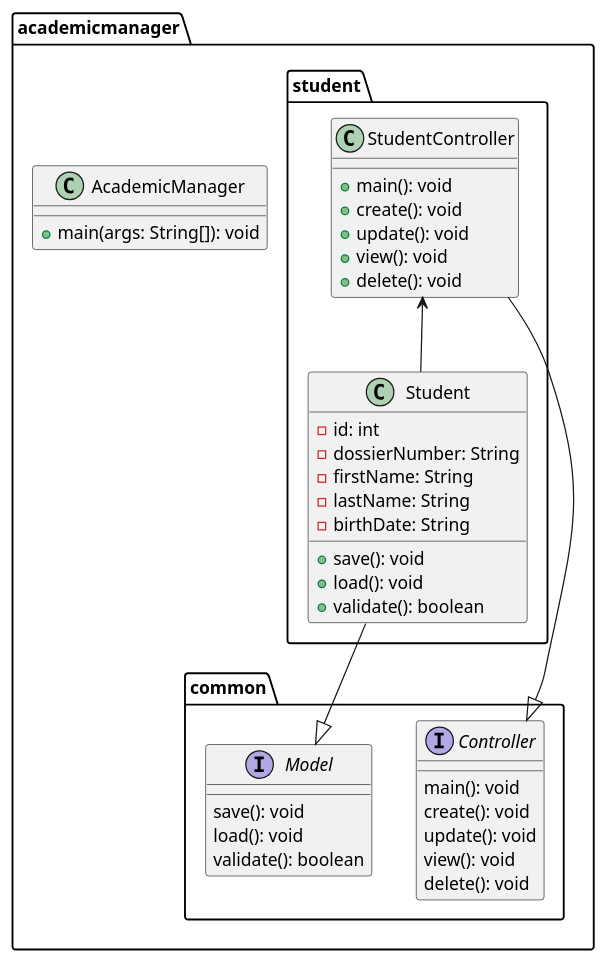
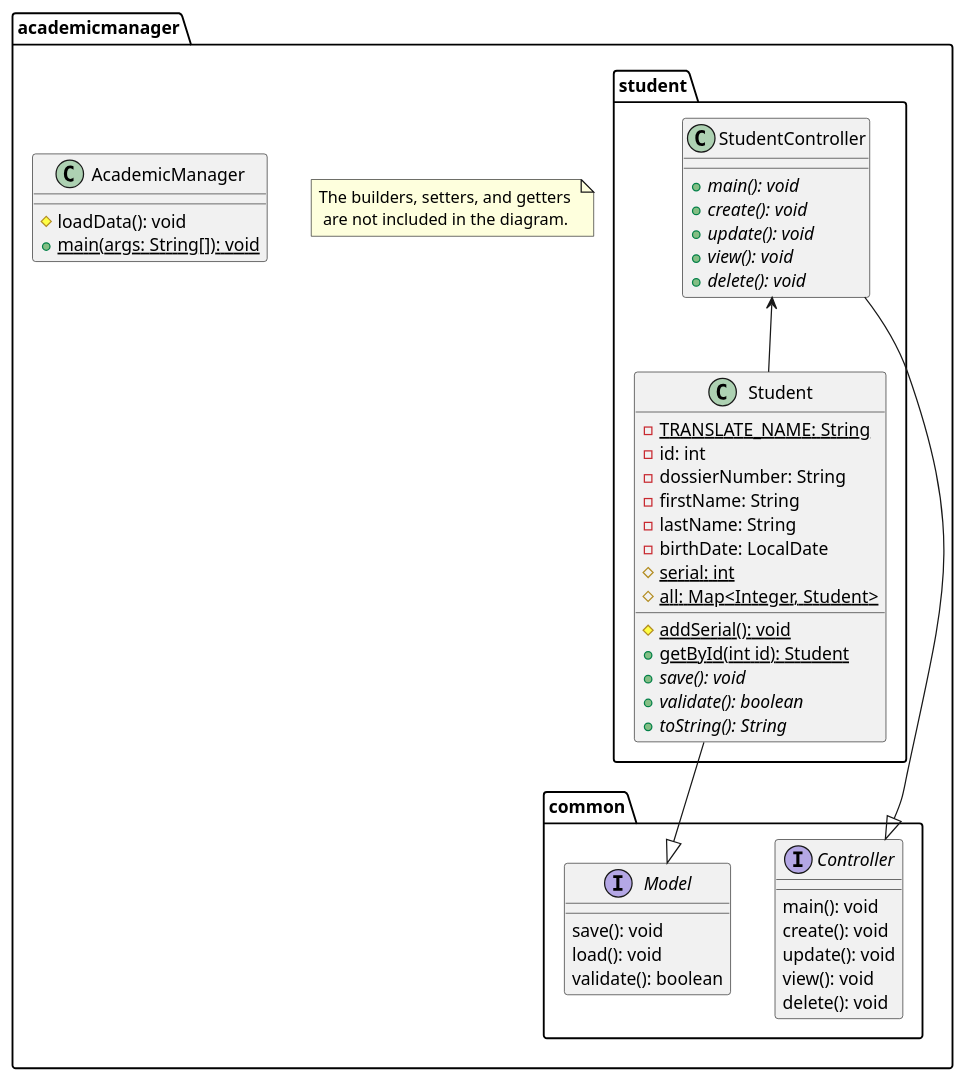
Before and after one commit to GiulianoPoeta99/tpi-gestor-academico: the diagram in AcademicManager2.puml, drawn with PlantUML. The commit also changed 15 other files, not shown here.

```diff
--- a/AcademicManager2.puml
+++ b/AcademicManager2.puml
@@ -1,68 +1,74 @@
 @startuml AcademicManager
 
+
 package academicmanager {
+    note "The builders, setters, and getters \n are not included in the diagram." as N1
 
     class AcademicManager {
-        + main(args: String[]): void
+        # loadData(): void
+        {static} + main(args: String[]): void
     }
 
     ' ==========================================================================
 
     package common {
 
         interface Model {
             save(): void
             load(): void
             validate(): boolean
         }
 
         interface Controller {
             main(): void
             create(): void
             update(): void
             view(): void
             delete(): void
         }
 
     }
 
     ' ==========================================================================
 
     package student {
-
+        
         class Student {
+            {static} - TRANSLATE_NAME: String
             - id: int
             - dossierNumber: String
             - firstName: String
             - lastName: String
-            - birthDate: String
+            - birthDate: LocalDate
+            {static} # serial: int
+            {static} # all: Map<Integer, Student>
 
-            ' metodos ==============
-
-            + save(): void
-            + load(): void
-            + validate(): boolean
+            {static} # addSerial(): void
+            {static} + getById(int id): Student
+            {abstract} + save(): void
+            {abstract} + validate(): boolean
+            {abstract} + toString(): String
         }
 
         class StudentController {
-            + main(): void
-            + create(): void
-            + update(): void
-            + view(): void
-            + delete(): void
+            {abstract} + main(): void
+            {abstract} + create(): void
+            {abstract} + update(): void
+            {abstract} + view(): void
+            {abstract} + delete(): void
         }
 
     }
 }
 
 ' ==============================================================================
 ' estudiantes 
 
 Student --|> Model
 
 StudentController --|> Controller
 StudentController <-- Student
 
 ' ==============================================================================
 
 @enduml
```
